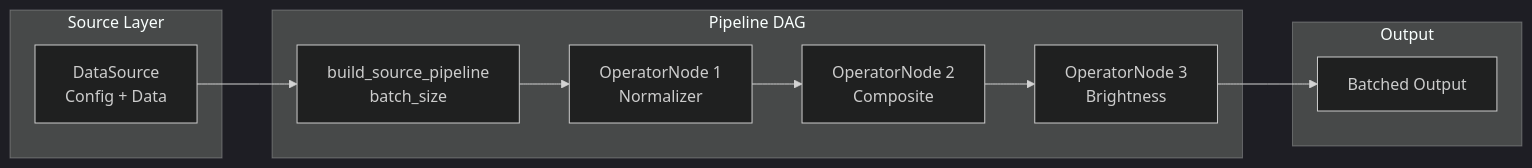
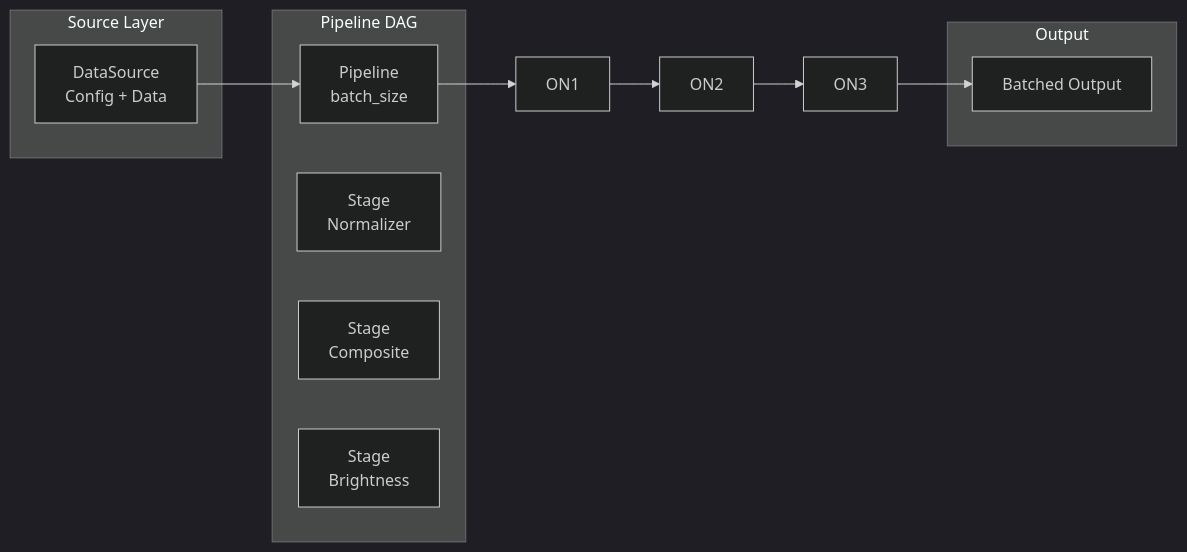
Before and after one commit to avitai/datarax: the diagram in docs/examples/core/pipeline-tutorial.md, drawn with Mermaid (dark theme). The commit also changed other lines of this file and 330 other files, not shown here.

````diff
--- a/docs/examples/core/pipeline-tutorial.md
+++ b/docs/examples/core/pipeline-tutorial.md
@@ -65,19 +65,19 @@
 ```mermaid
 flowchart LR
     subgraph Source["Source Layer"]
         DS[DataSource<br/>Config + Data]
     end
 
     subgraph Pipeline["Pipeline DAG"]
-        FS[build_source_pipeline<br/>batch_size]
-        ON1[OperatorNode 1<br/>Normalizer]
-        ON2[OperatorNode 2<br/>Composite]
-        ON3[OperatorNode 3<br/>Brightness]
+        FS[Pipeline<br/>batch_size]
+        SNormalizer[Stage<br/>Normalizer]
+        SComposite[Stage<br/>Composite]
+        SBrightness[Stage<br/>Brightness]
     end
 
     subgraph Output["Output"]
         B[Batched Output]
     end
 
     DS --> FS --> ON1 --> ON2 --> ON3 --> B
 ```
````
